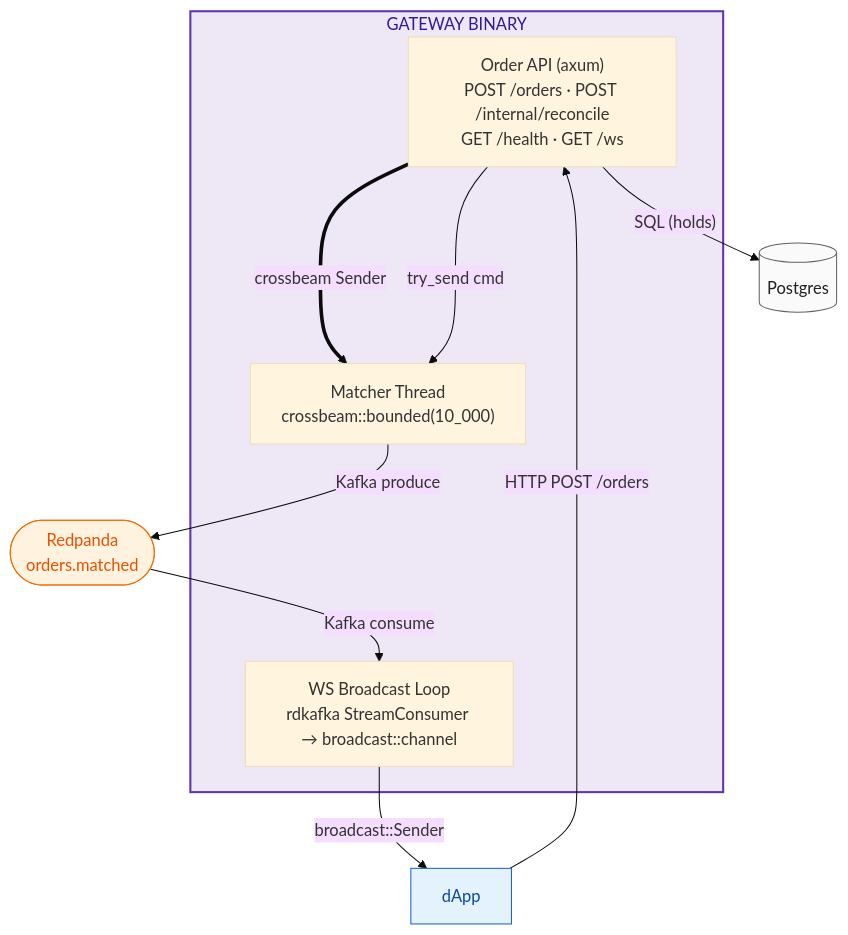
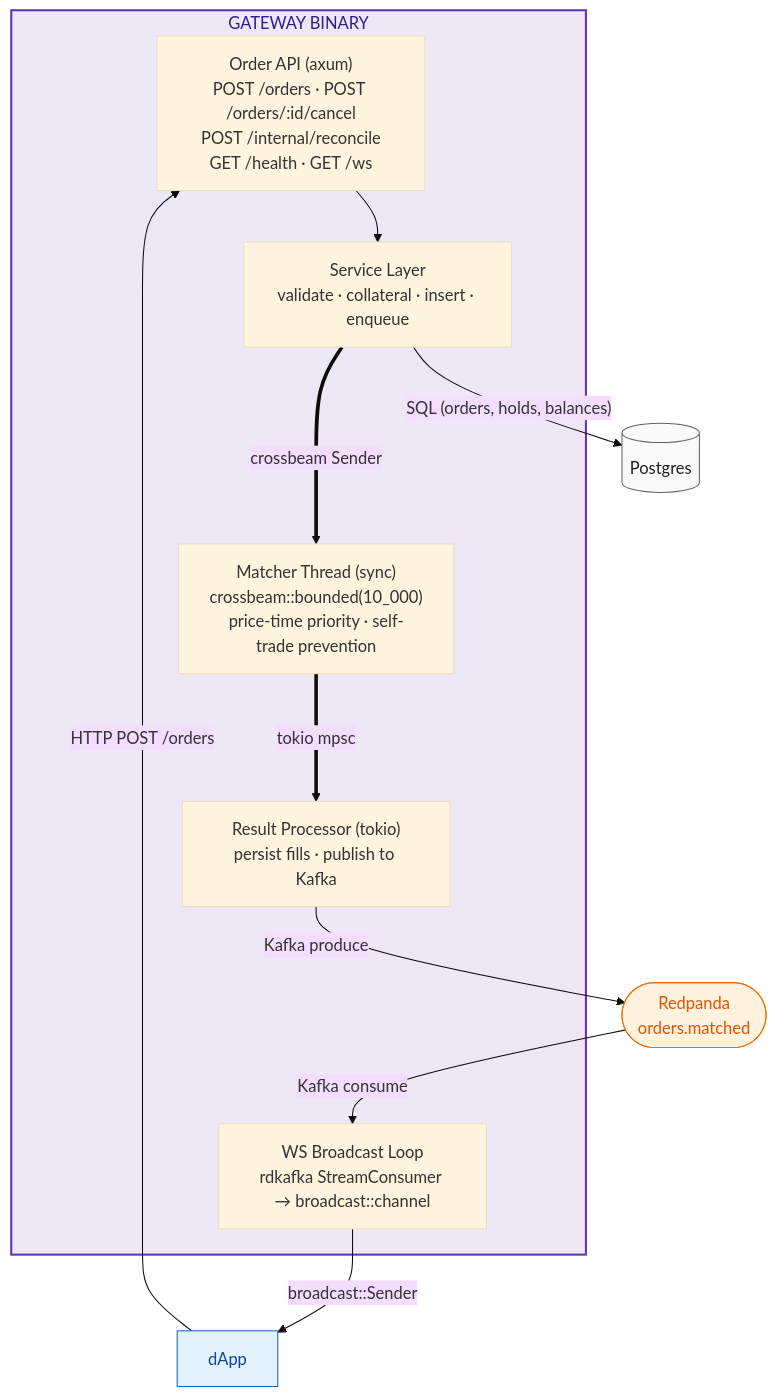
The first of 4 diagrams in docs/gateway.md (michael-ni-qwerty/omniscient), drawn with Mermaid (base theme) before and after one commit. The commit also changed other lines of this file and 28 other files, not shown here.

Commit message:
Add gateway API with REST endpoints, WebSocket streaming, and in-memory order matching engine

````diff
--- a/docs/gateway.md
+++ b/docs/gateway.md
@@ -11,25 +22,28 @@
 ```mermaid
 flowchart TD
     subgraph Gateway["GATEWAY BINARY"]
-        API["Order API (axum)<br/>POST /orders · POST /internal/reconcile<br/>GET /health · GET /ws"]
-        ME["Matcher Thread<br/>crossbeam::bounded(10_000)"]
+        API["Order API (axum)<br/>POST /orders · POST /orders/:id/cancel<br/>POST /internal/reconcile<br/>GET /health · GET /ws"]
+        SVC["Service Layer<br/>validate · collateral · insert · enqueue"]
+        ME["Matcher Thread (sync)<br/>crossbeam::bounded(10_000)<br/>price-time priority · self-trade prevention"]
+        RP_PROC["Result Processor (tokio)<br/>persist fills · publish to Kafka"]
         WS["WS Broadcast Loop<br/>rdkafka StreamConsumer → broadcast::channel"]
-        API == "crossbeam Sender" ===> ME
+        API --> SVC
+        SVC == "crossbeam Sender" ===> ME
+        ME == "tokio mpsc" ===> RP_PROC
     end
 
     Client["dApp"] -->|"HTTP POST /orders"| API
-    API -->|"SQL (holds)"| PG[(Postgres)]
-    API -->|"try_send cmd"| ME
-    ME -->|"Kafka produce"| RP([Redpanda<br/>orders.matched])
+    SVC -->|"SQL (orders, holds, balances)"| PG[(Postgres)]
+    RP_PROC -->|"Kafka produce"| RP([Redpanda<br/>orders.matched])
     RP -->|"Kafka consume"| WS
     WS -->|"broadcast::Sender"| Client
 
     classDef bin fill:#ede7f6,stroke:#5e35b1,color:#311b92,stroke-width:2px;
     classDef ext fill:#e3f2fd,stroke:#1565c0,color:#0d47a1;
     classDef store fill:#fafafa,stroke:#616161,color:#212121;
     classDef broker fill:#fff3e0,stroke:#ef6c00,color:#e65100;
     class Gateway bin;
     class Client ext;
     class PG store;
     class RP broker;
 ```
````
